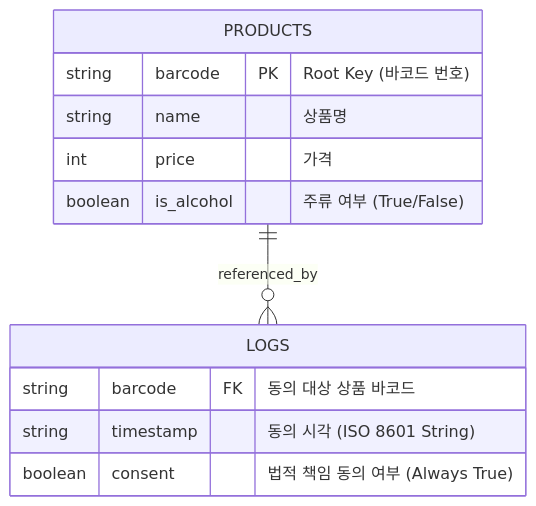
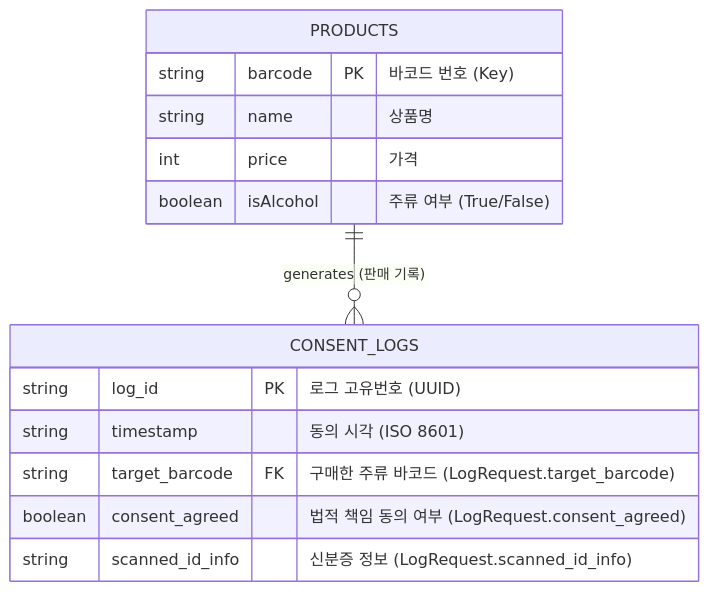
Before and after one commit to ooyoo80/Codyssey_Term_Project: the diagram in docs/ERD.mmd, drawn with Mermaid. The commit also changed other lines of this file and 1 other file, not shown here.

```diff
--- a/docs/ERD.mmd
+++ b/docs/ERD.mmd
@@ -1,20 +1,19 @@
 erDiagram
-    %% 1. 상품 정보 (Source: product.json)
-    %% Key-Value 구조이므로 Barcode가 Root Key 역할을 함
+    %% 엔티티 정의
     PRODUCTS {
-        string barcode PK "Root Key (바코드 번호)"
+        string barcode PK "바코드 번호 (Key)"
         string name "상품명"
         int price "가격"
-        boolean is_alcohol "주류 여부 (True/False)"
+        boolean isAlcohol "주류 여부 (True/False)"
     }
 
-    %% 2. 책임 동의 로그 (Source: logs.json)
-    %% JSON Array 구조이므로 별도의 PK(log_id) 없이 쌓이는 구조
-    LOGS {
-        string barcode FK "동의 대상 상품 바코드"
-        string timestamp "동의 시각 (ISO 8601 String)"
-        boolean consent "법적 책임 동의 여부 (Always True)"
+    CONSENT_LOGS {
+        string log_id PK "로그 고유번호 (UUID)"
+        string timestamp "동의 시각 (ISO 8601)"
+        string target_barcode FK "구매한 주류 바코드 (LogRequest.target_barcode)"
+        boolean consent_agreed "법적 책임 동의 여부 (LogRequest.consent_agreed)"
+        string scanned_id_info "신분증 정보 (LogRequest.scanned_id_info)"
     }
 
-    %% 관계선: 상품(1)은 여러 개의 로그(N)를 가질 수 있음
-    PRODUCTS ||--o{ LOGS : "referenced_by"
+    %% 관계 정의 (비식별 관계)
+    PRODUCTS ||--o{ CONSENT_LOGS : "generates (판매 기록)"
```
